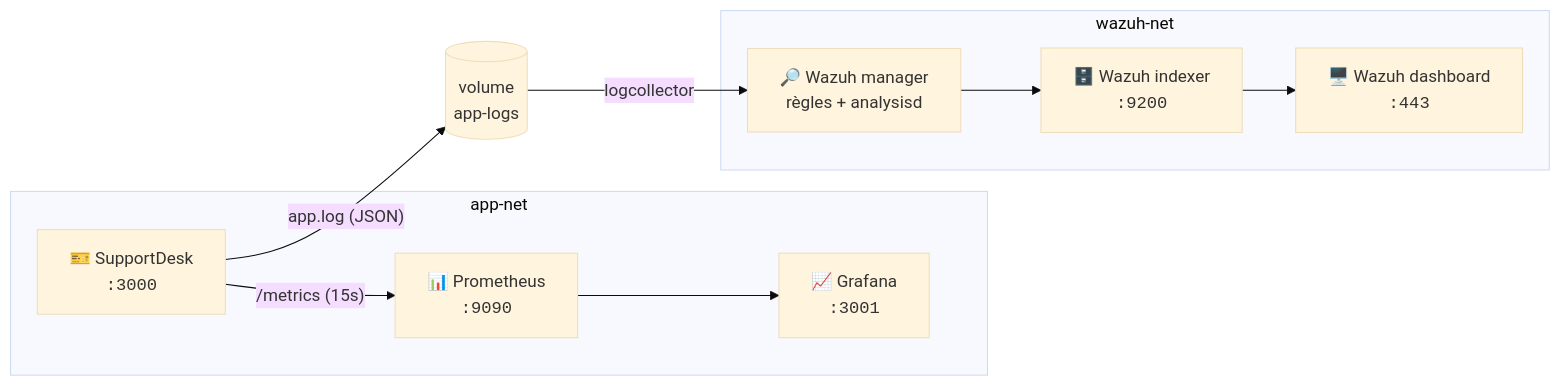
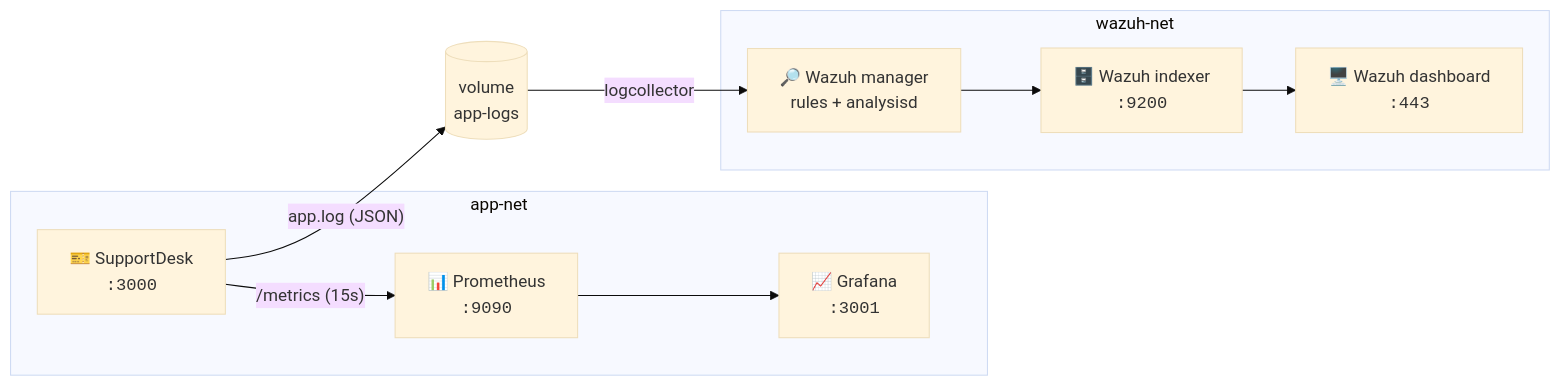
Before and after one commit to raph-bl/SentinelX: the diagram in README.md, drawn with Mermaid (base theme). The commit also changed other lines of this file, not shown here.

````diff
--- a/README.md
+++ b/README.md
@@ -59,21 +59,21 @@
 ```mermaid
 flowchart LR
     subgraph app-net
         A["🎫 SupportDesk<br/><code>:3000</code>"]
         P["📊 Prometheus<br/><code>:9090</code>"]
         G["📈 Grafana<br/><code>:3001</code>"]
     end
 
     subgraph wazuh-net
-        WM["🔎 Wazuh manager<br/>règles + analysisd"]
+        WM["🔎 Wazuh manager<br/>rules + analysisd"]
         WI["🗄️ Wazuh indexer<br/><code>:9200</code>"]
         WD["🖥️ Wazuh dashboard<br/><code>:443</code>"]
     end
 
     V[("volume<br/>app-logs")]
 
     A -- "app.log (JSON)" --> V
     V -- "logcollector" --> WM
     WM --> WI --> WD
     A -- "/metrics (15s)" --> P --> G
 ```
````
